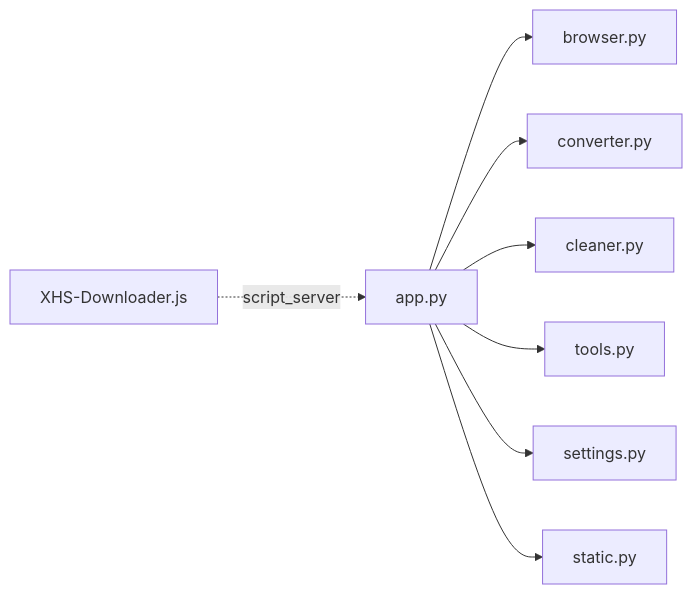
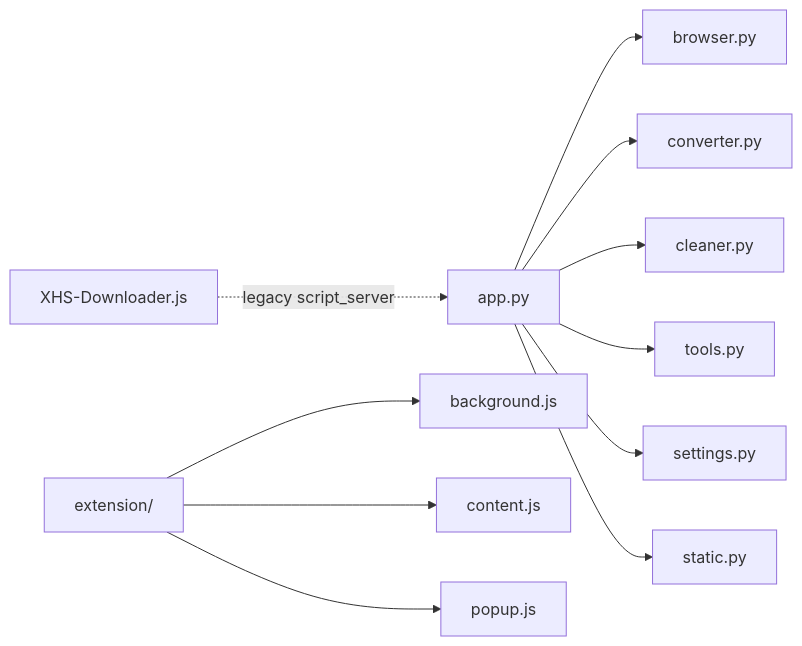
The ninth of 9 diagrams in .qoder/repowiki/en/content/Advanced Features/Advanced Features.md (KY-2000/XHS-Downloader), drawn with Mermaid before and after one commit. The commit also changed other lines of this file and 3 other files, not shown here.

````diff
--- a/.qoder/repowiki/en/content/Advanced Features/Advanced Features.md
+++ b/.qoder/repowiki/en/content/Advanced Features/Advanced Features.md
@@ -368,10 +438,13 @@
 ```mermaid
 graph LR
 APP["app.py"] --> BR["browser.py"]
 APP --> CV["converter.py"]
 APP --> CL["cleaner.py"]
 APP --> TL["tools.py"]
 APP --> ST["settings.py"]
 APP --> SG["static.py"]
-JS["XHS-Downloader.js"] -. "script_server" .-> APP
+JS["XHS-Downloader.js"] -. "legacy script_server" .-> APP
+EXT["extension/"] --> BG["background.js"]
+EXT --> CS["content.js"]
+EXT --> POP["popup.js"]
 ```
````
